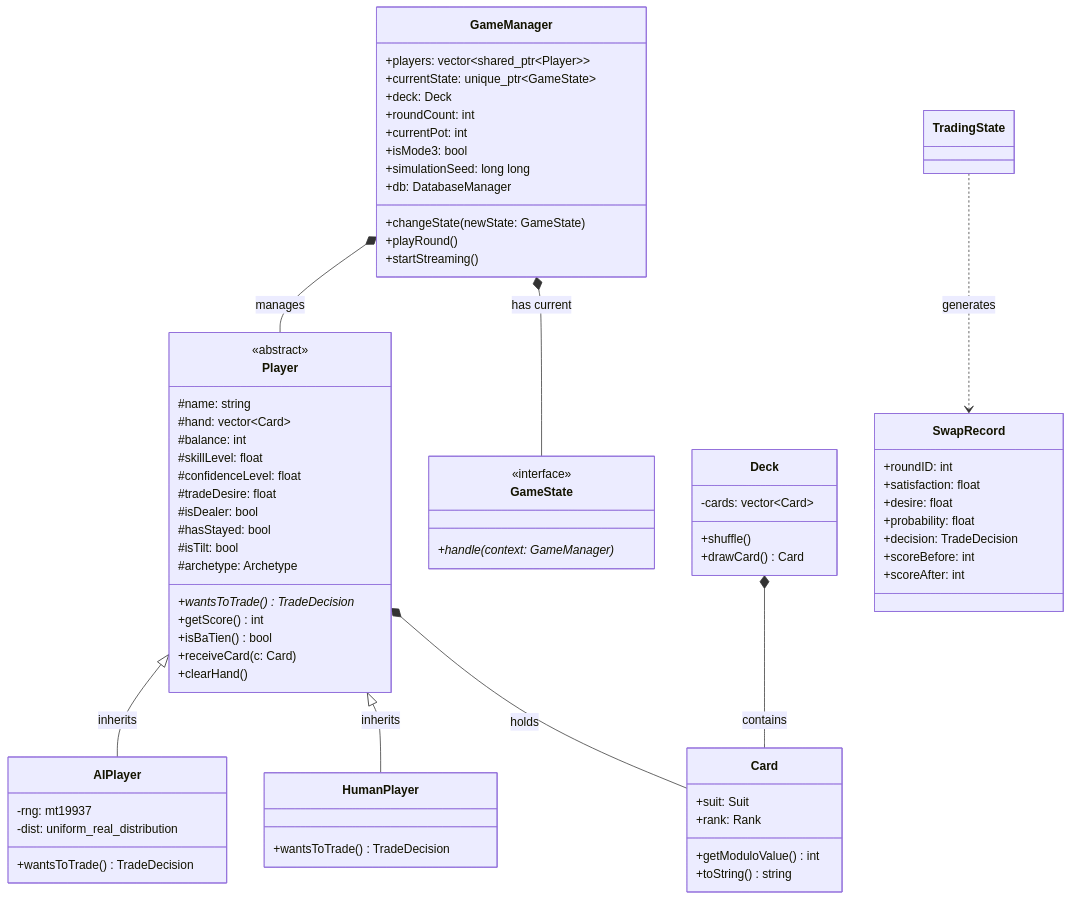
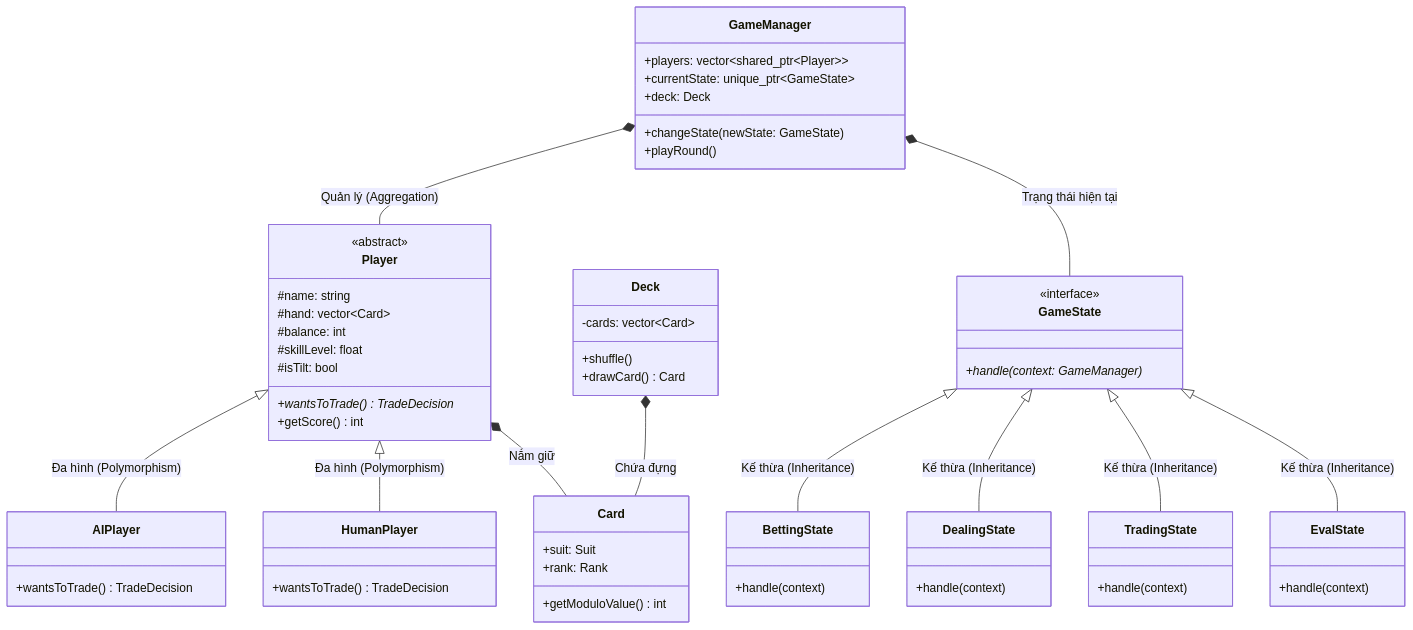
Before and after one commit to trung-nova/BaiCaoCai_Simulator-DEV: the diagram in docs/OOP_ARCHITECTURE.md, drawn with Mermaid.

Commit message:
docs: update class diagram with explicit inheritance and polymorphism

````diff
--- a/docs/OOP_ARCHITECTURE.md
+++ b/docs/OOP_ARCHITECTURE.md
@@ -11,81 +11,67 @@
 ```mermaid
 classDiagram
-    class GameManager {
-        +players: vector~shared_ptr~Player~~
-        +currentState: unique_ptr~GameState~
-        +deck: Deck
-        +roundCount: int
-        +currentPot: int
-        +isMode3: bool
-        +simulationSeed: long long
-        +db: DatabaseManager
-        +changeState(newState: GameState)
-        +playRound()
-        +startStreaming()
+    %% --- Tính Đa hình & Kế thừa trong Game States ---
+    class GameState {
+        <<interface>>
+        +handle(context: GameManager)*
     }
 
+    class BettingState { +handle(context) }
+    class DealingState { +handle(context) }
+    class TradingState { +handle(context) }
+    class EvalState { +handle(context) }
+
+    GameState <|-- BettingState : Kế thừa (Inheritance)
+    GameState <|-- DealingState : Kế thừa (Inheritance)
+    GameState <|-- TradingState : Kế thừa (Inheritance)
+    GameState <|-- EvalState : Kế thừa (Inheritance)
+
+    %% --- Tính Đa hình & Kế thừa trong Player ---
     class Player {
         <<abstract>>
         #name: string
         #hand: vector~Card~
         #balance: int
         #skillLevel: float
-        #confidenceLevel: float
-        #tradeDesire: float
-        #isDealer: bool
-        #hasStayed: bool
         #isTilt: bool
-        #archetype: Archetype
         +wantsToTrade()* TradeDecision
         +getScore() int
-        +isBaTien() bool
-        +receiveCard(c: Card)
-        +clearHand()
     }
 
     class AIPlayer {
-        -rng: mt19937
-        -dist: uniform_real_distribution
         +wantsToTrade() TradeDecision
     }
 
     class HumanPlayer {
         +wantsToTrade() TradeDecision
     }
 
-    class GameState {
-        <<interface>>
-        +handle(context: GameManager)*
+    Player <|-- AIPlayer : Đa hình (Polymorphism)
+    Player <|-- HumanPlayer : Đa hình (Polymorphism)
+
+    %% --- Lớp Điều khiển ---
+    class GameManager {
+        +players: vector~shared_ptr~Player~~
+        +currentState: unique_ptr~GameState~
+        +deck: Deck
+        +changeState(newState: GameState)
+        +playRound()
     }
 
     class Card {
         +suit: Suit
         +rank: Rank
         +getModuloValue() int
-        +toString() string
     }
 
     class Deck {
         -cards: vector~Card~
         +shuffle()
         +drawCard() Card
     }
 
-    class SwapRecord {
-        +roundID: int
-        +satisfaction: float
-        +desire: float
-        +probability: float
-        +decision: TradeDecision
-        +scoreBefore: int
-        +scoreAfter: int
-    }
-
-    GameManager *-- Player : manages
-    GameManager *-- GameState : has current
-    Player <|-- AIPlayer : inherits
-    Player <|-- HumanPlayer : inherits
-    Player *-- Card : holds
-    Deck *-- Card : contains
-    TradingState ..> SwapRecord : generates
+    GameManager *-- Player : Quản lý (Aggregation)
+    GameManager *-- GameState : Trạng thái hiện tại
+    Player *-- Card : Nắm giữ
+    Deck *-- Card : Chứa đựng
 ```
````
